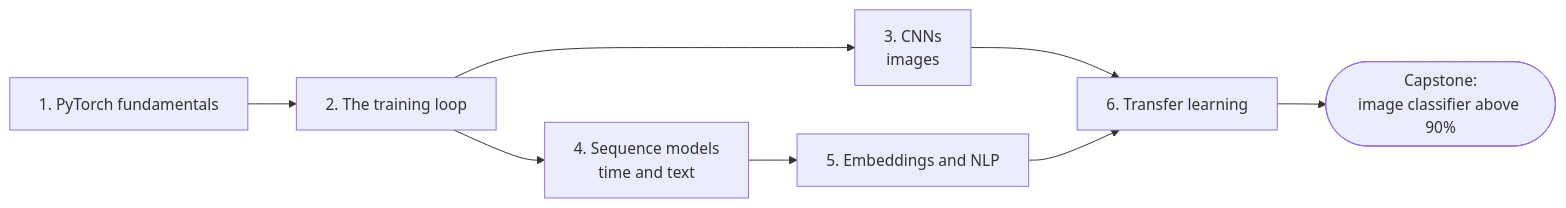
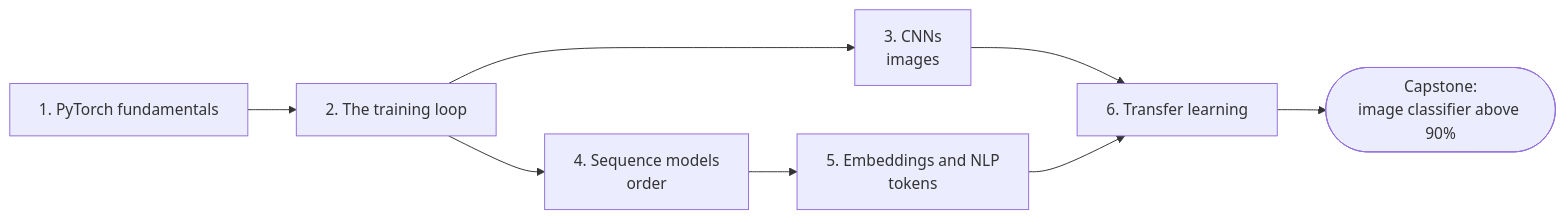
The diagram in docs/chapters/07-deep-learning-pytorch/index.md (astroboy1183/ml-handbook), drawn with Mermaid before and after one commit. The commit also changed other lines of this file and 83 other files, not shown here.

````diff
--- a/docs/chapters/07-deep-learning-pytorch/index.md
+++ b/docs/chapters/07-deep-learning-pytorch/index.md
@@ -42,10 +42,10 @@
 ```mermaid
 flowchart LR
     A["1. PyTorch fundamentals"] --> B["2. The training loop"]
     B --> C["3. CNNs<br/>images"]
-    B --> D["4. Sequence models<br/>time and text"]
-    D --> E["5. Embeddings and NLP"]
+    B --> D["4. Sequence models<br/>order"]
+    D --> E["5. Embeddings and NLP<br/>tokens"]
     C --> F["6. Transfer learning"]
     E --> F
     F --> G(["Capstone:<br/>image classifier above 90%"])
 ```
````
